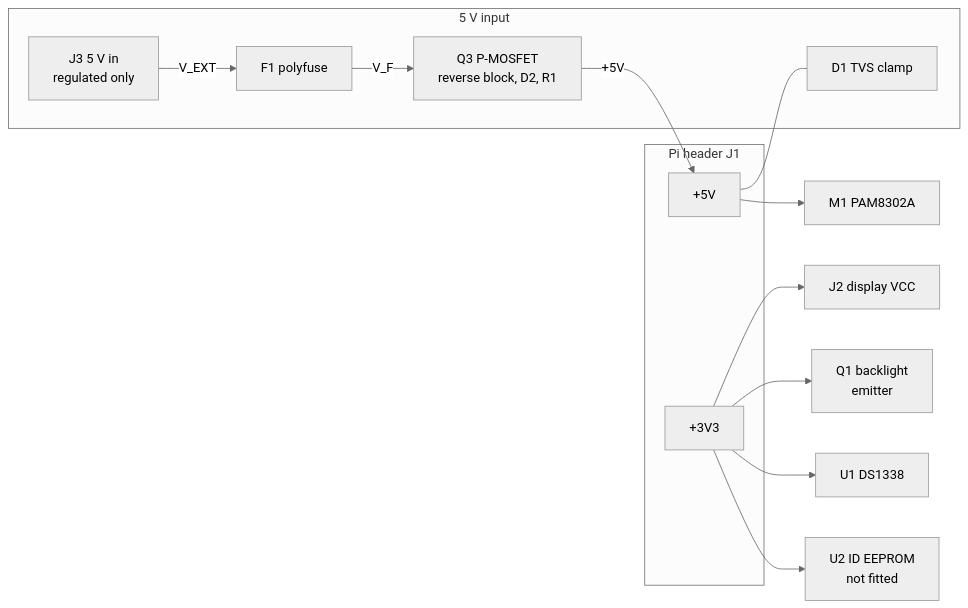
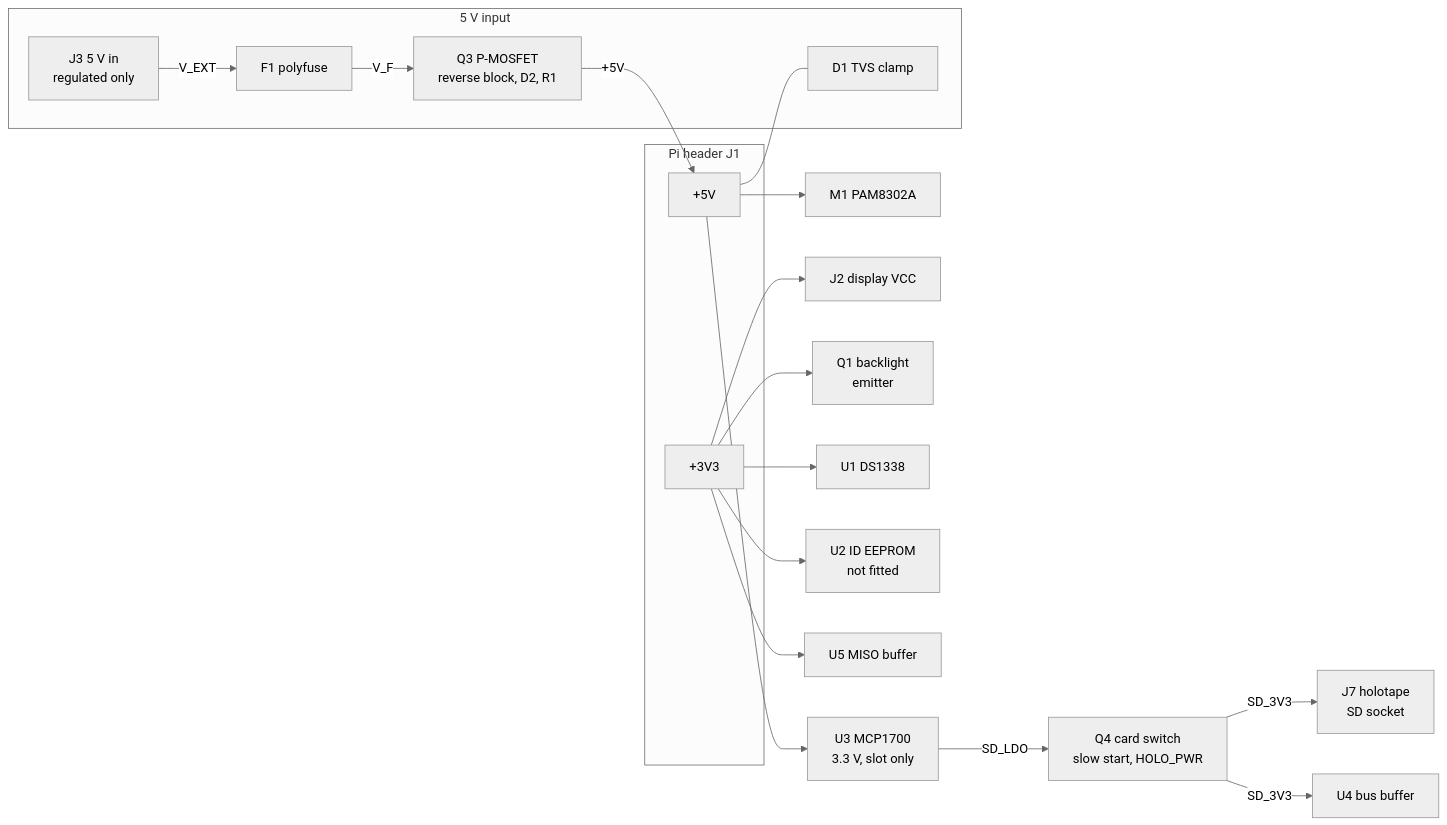
One commit to RobCo-Industries/RobCo-Hardware changed the first of 2 diagrams in pipboy-hat/spec/SPEC.md. Above: the diagram before and after it, drawn with Mermaid (neutral theme). The commit also changed other lines of this file and 28 other files, not shown here.

First line of the commit message:
Add a removable holotape slot to the Pip-Boy board (#10)

````diff
--- a/pipboy-hat/spec/SPEC.md
+++ b/pipboy-hat/spec/SPEC.md
@@ -38,26 +39,34 @@
 ```mermaid
 flowchart LR
     subgraph POWER["5 V input"]
         J3["J3 5 V in<br/>regulated only"]
         F1["F1 polyfuse"]
         Q3["Q3 P-MOSFET<br/>reverse block, D2, R1"]
         D1["D1 TVS clamp"]
     end
     subgraph J1["Pi header J1"]
         P5V["+5V"]
         P3V3["+3V3"]
     end
     M1["M1 PAM8302A"]
     J2["J2 display VCC"]
     BLSW["Q1 backlight<br/>emitter"]
     U1["U1 DS1338"]
     U2["U2 ID EEPROM<br/>not fitted"]
+    U3["U3 MCP1700<br/>3.3 V, slot only"]
+    Q4["Q4 card switch<br/>slow start, HOLO_PWR"]
+    J7["J7 holotape<br/>SD socket"]
+    BUFP["U4 bus buffer"]
+    U5P["U5 MISO buffer"]
     J3 -- "V_EXT" --> F1 -- "V_F" --> Q3
     Q3 -- "+5V" --> P5V
     P5V --- D1
     P5V --> M1
     P3V3 --> J2
     P3V3 --> BLSW
     P3V3 --> U1
     P3V3 --> U2
+    P5V --> U3 -- "SD_LDO" --> Q4 -- "SD_3V3" --> J7
+    Q4 -- "SD_3V3" --> BUFP
+    P3V3 --> U5P
 ```
````
